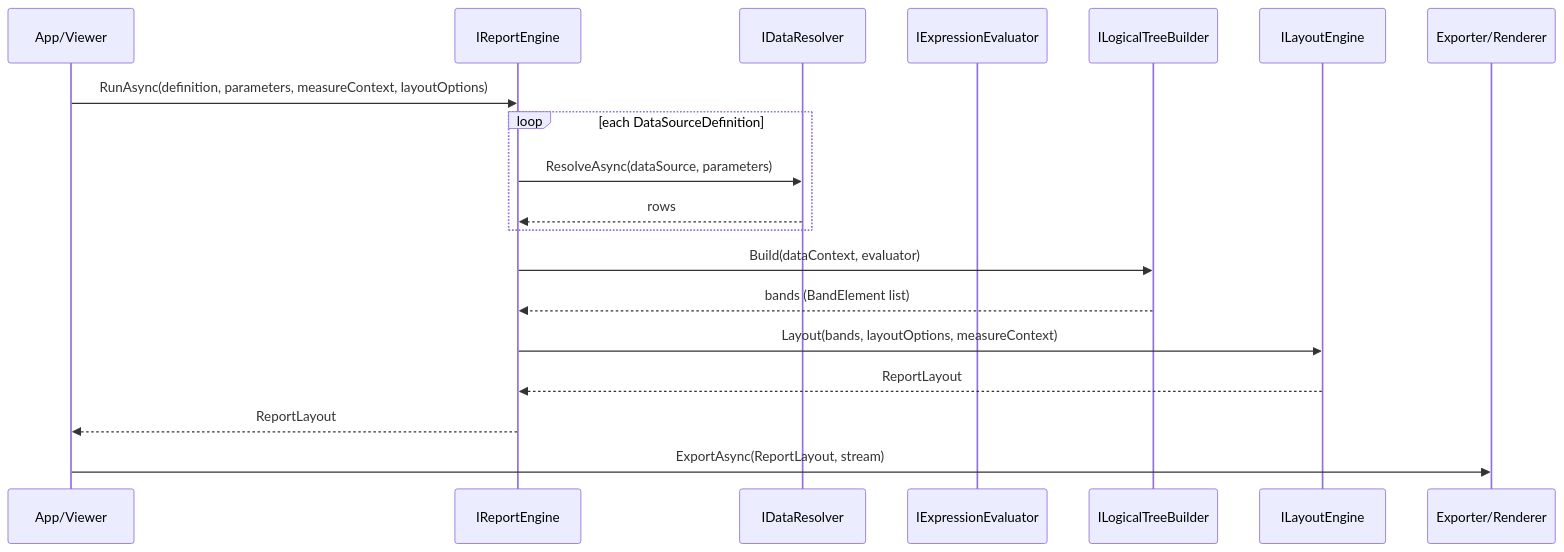
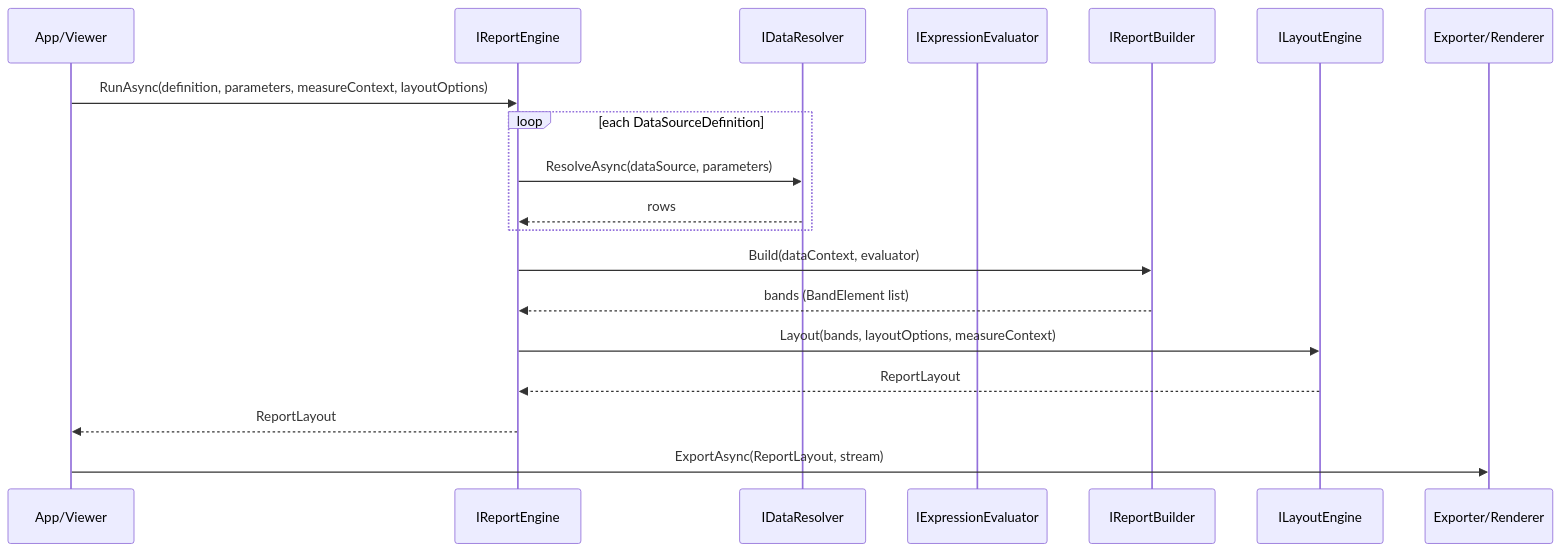
Before and after one commit to Netcodr81/kinetic-reports: the diagram in docs/02-report-generation-flow.md, drawn with Mermaid. The commit also changed other lines of this file and 14 other files, not shown here.

Commit message:
Rename of IReportBandsBuilder to IReportBuilder

````diff
--- a/docs/02-report-generation-flow.md
+++ b/docs/02-report-generation-flow.md
@@ -7,22 +7,22 @@
 ```mermaid
 sequenceDiagram
 	participant Caller as App/Viewer
 	participant Engine as IReportEngine
 	participant Resolver as IDataResolver
 	participant Eval as IExpressionEvaluator
-	participant Builder as ILogicalTreeBuilder
+	participant Builder as IReportBuilder
 	participant Layout as ILayoutEngine
 	participant Export as Exporter/Renderer
 
 	Caller->>Engine: RunAsync(definition, parameters, measureContext, layoutOptions)
 	loop each DataSourceDefinition
 		Engine->>Resolver: ResolveAsync(dataSource, parameters)
 		Resolver-->>Engine: rows
 	end
 	Engine->>Builder: Build(dataContext, evaluator)
 	Builder-->>Engine: bands (BandElement list)
 	Engine->>Layout: Layout(bands, layoutOptions, measureContext)
 	Layout-->>Engine: ReportLayout
 	Engine-->>Caller: ReportLayout
 	Caller->>Export: ExportAsync(ReportLayout, stream)
 ```
````
